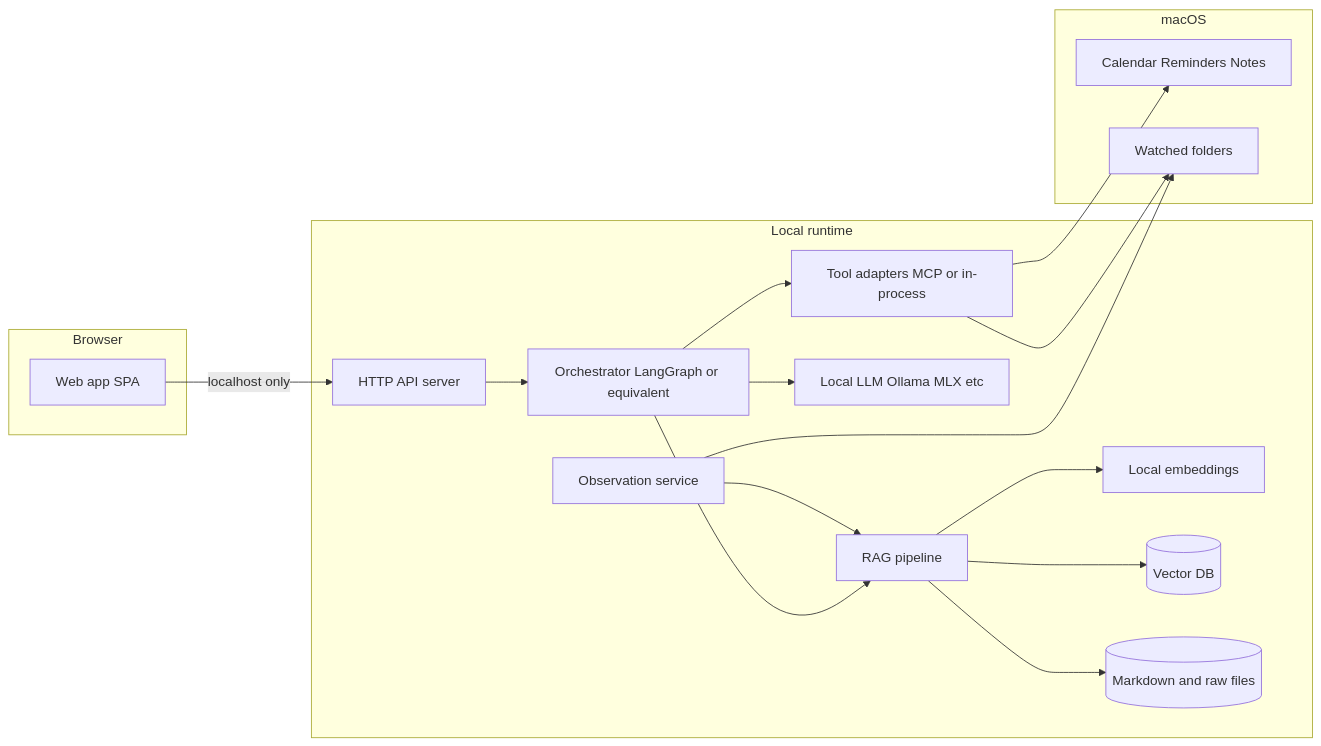
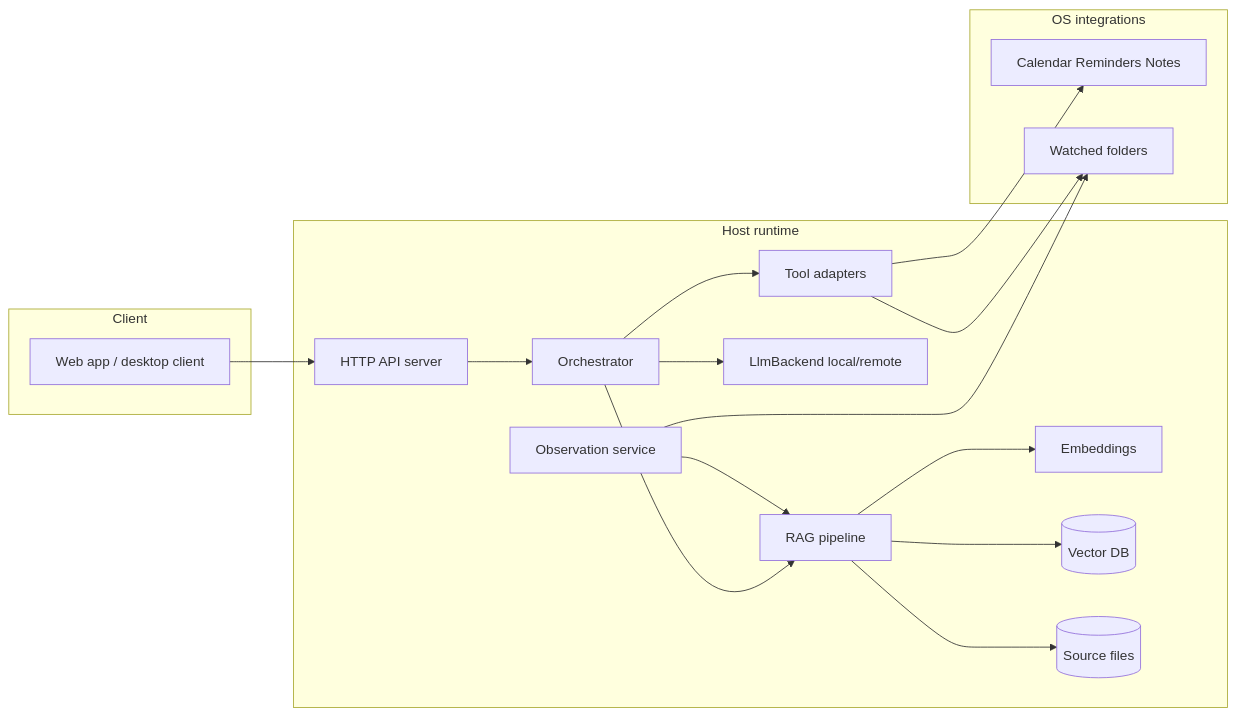
One commit to hanwook-cho/MemoryAgent changed the first of 2 diagrams in docs/spec/architecture.md. Above: the diagram before and after it, drawn with Mermaid. The commit also changed other lines of this file and 10 other files, not shown here.

First line of the commit message:
Define distributed architecture contracts and align spec terminology.

````diff
--- a/docs/spec/architecture.md
+++ b/docs/spec/architecture.md
@@ -12,33 +19,33 @@
 ```mermaid
 flowchart LR
-  subgraph client [Browser]
-    WebUI[Web app SPA]
+  subgraph client [Client]
+    WebUI[Web app / desktop client]
   end
-  subgraph runtime [Local runtime]
+  subgraph runtime [Host runtime]
     API[HTTP API server]
-    Agent[Orchestrator LangGraph or equivalent]
+    Agent[Orchestrator]
     RAG[RAG pipeline]
-    Emb[Local embeddings]
-    LLM[Local LLM Ollama MLX etc]
+    Emb[Embeddings]
+    LLM[LlmBackend local/remote]
     VDB[(Vector DB)]
-    FS[(Markdown and raw files)]
+    FS[(Source files)]
     Obs[Observation service]
-    Tools[Tool adapters MCP or in-process]
+    Tools[Tool adapters]
   end
-  subgraph os [macOS]
+  subgraph os [OS integrations]
     Cal[Calendar Reminders Notes]
     Paths[Watched folders]
   end
-  WebUI -->|localhost only| API
+  WebUI --> API
   API --> Agent
   Agent --> RAG
   Agent --> LLM
   Agent --> Tools
   RAG --> Emb
   RAG --> VDB
   RAG --> FS
   Obs --> Paths
   Obs --> RAG
   Tools --> Cal
   Tools --> Paths
 ```
````
